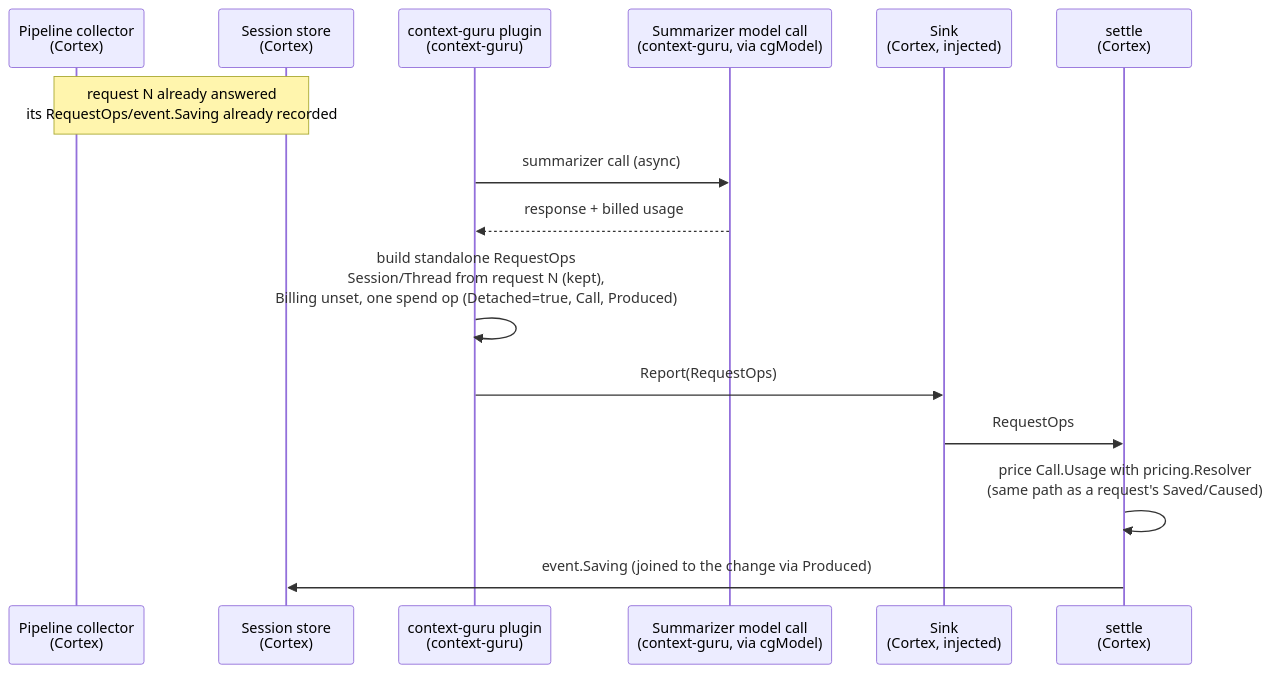
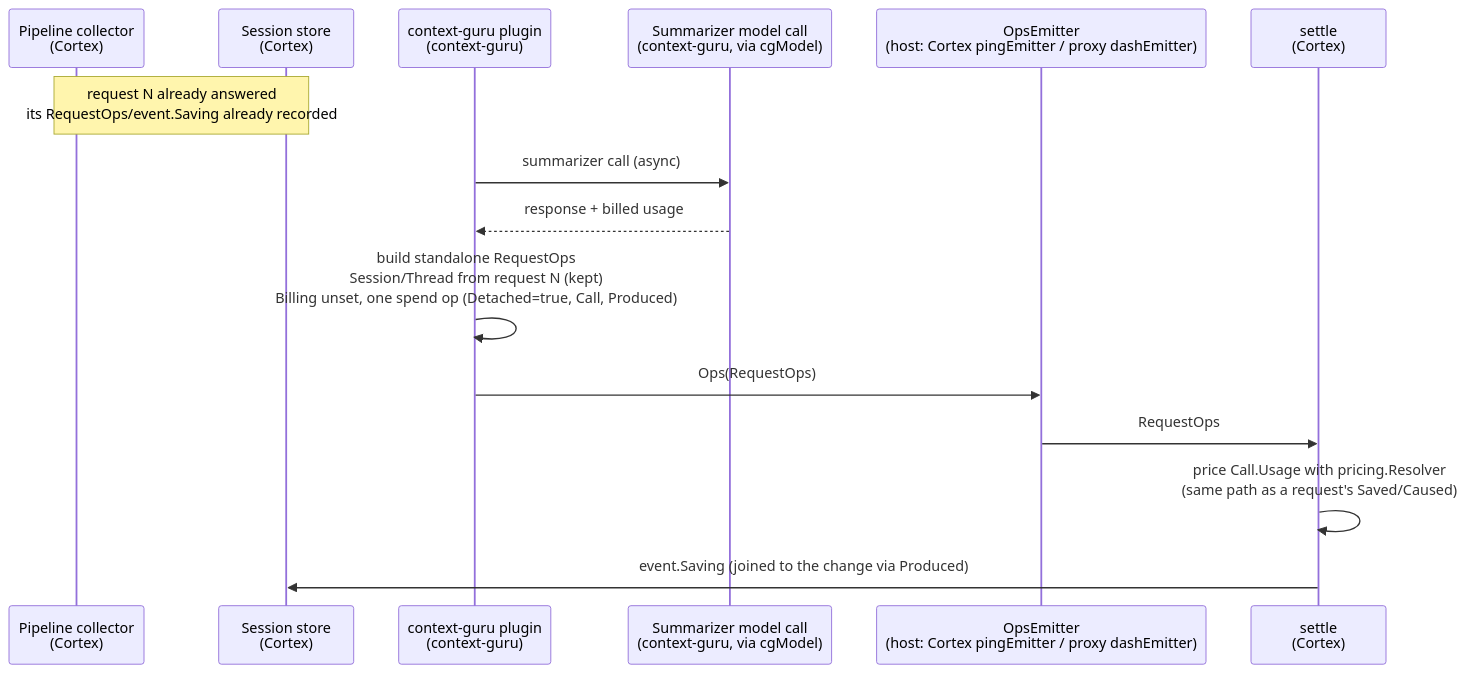
Before and after one commit to rossoctl/context-guru: the second of 3 diagrams in docs/superpowers/specs/2026-10-18-context-operations-design.md, drawn with Mermaid. The commit also changed other lines of this file and 1 other file, not shown here.

````diff
--- a/docs/superpowers/specs/2026-10-18-context-operations-design.md
+++ b/docs/superpowers/specs/2026-10-18-context-operations-design.md
@@ -571,18 +657,18 @@
 ```mermaid
 sequenceDiagram
     participant Pipeline as Pipeline collector<br/>(Cortex)
     participant Store as Session store<br/>(Cortex)
     participant Plugin as context-guru plugin<br/>(context-guru)
     participant Model as Summarizer model call<br/>(context-guru, via cgModel)
-    participant Sink as Sink<br/>(Cortex, injected)
+    participant Emitter as OpsEmitter<br/>(host: Cortex pingEmitter / proxy dashEmitter)
     participant Settle as settle<br/>(Cortex)
 
     Note over Pipeline,Store: request N already answered<br/>its RequestOps/event.Saving already recorded
     Plugin->>Model: summarizer call (async)
     Model-->>Plugin: response + billed usage
-    Plugin->>Plugin: build standalone RequestOps<br/>Session/Thread from request N (kept),<br/>Billing unset, one spend op (Detached=true, Call, Produced)
-    Plugin->>Sink: Report(RequestOps)
-    Sink->>Settle: RequestOps
+    Plugin->>Plugin: build standalone RequestOps<br/>Session/Thread from request N (kept)<br/>Billing unset, one spend op (Detached=true, Call, Produced)
+    Plugin->>Emitter: Ops(RequestOps)
+    Emitter->>Settle: RequestOps
     Settle->>Settle: price Call.Usage with pricing.Resolver<br/>(same path as a request's Saved/Caused)
     Settle->>Store: event.Saving (joined to the change via Produced)
 ```
````
